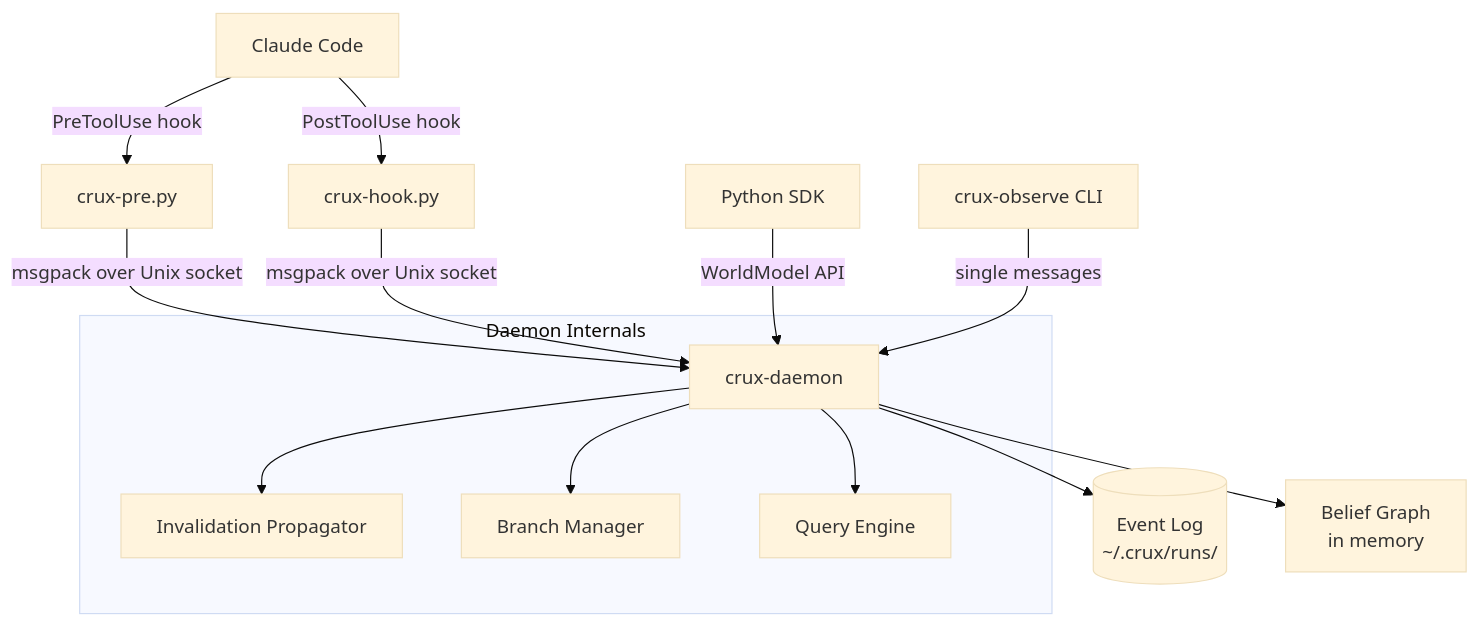
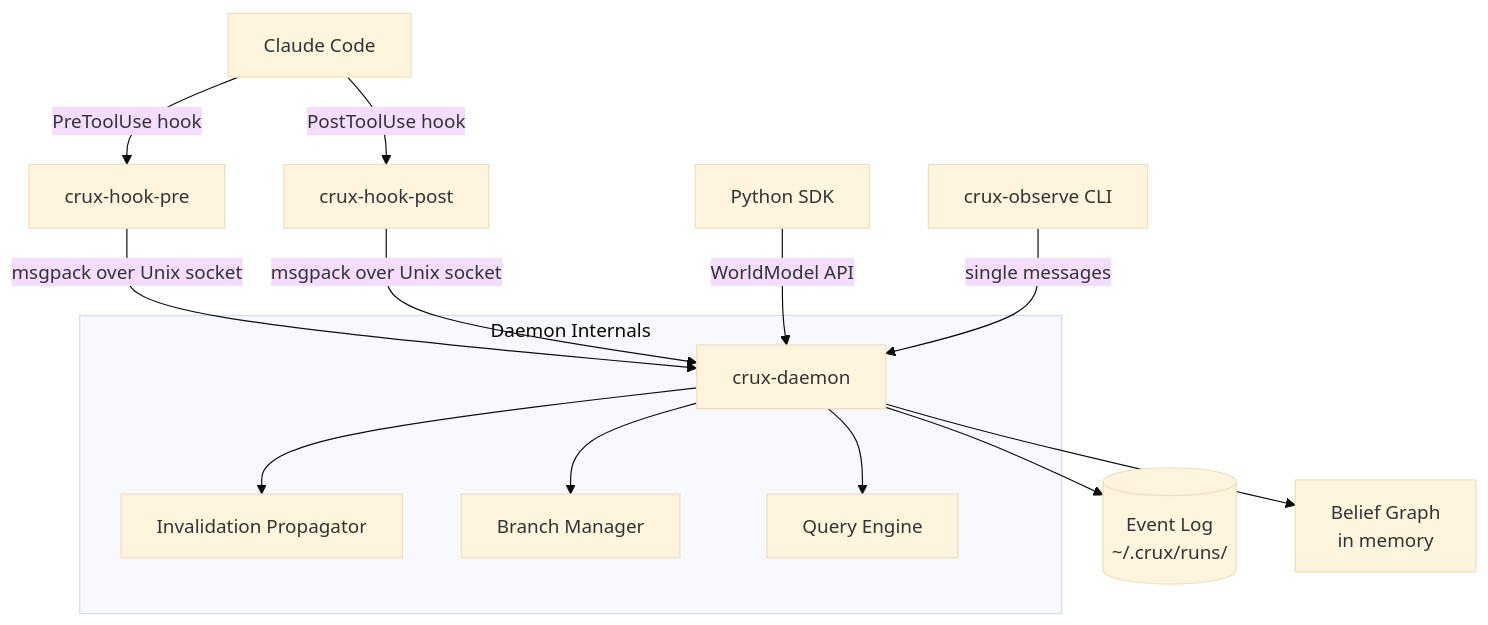
One commit to ardey26/crux changed the fourth of 4 diagrams in README.md. Above: the diagram before and after it, drawn with Mermaid (base theme). The commit also changed other lines of this file and 1 other file, not shown here.

First line of the commit message:
chore (docs): Mark Crux as shelved

````diff
--- a/README.md
+++ b/README.md
@@ -349,18 +326,18 @@
 ```mermaid
 graph TB
-    CC[Claude Code] -->|PreToolUse hook| PRE[crux-pre.py]
-    CC -->|PostToolUse hook| H[crux-hook.py]
+    CC[Claude Code] -->|PreToolUse hook| PRE[crux-hook-pre]
+    CC -->|PostToolUse hook| H[crux-hook-post]
     PRE -->|msgpack over Unix socket| D[crux-daemon]
     H -->|msgpack over Unix socket| D
     D --> L[(Event Log<br/>~/.crux/runs/)]
     D --> G[Belief Graph<br/>in memory]
 
     SDK[Python SDK] -->|WorldModel API| D
     CLI[crux-observe CLI] -->|single messages| D
 
     subgraph Daemon Internals
         D --> INV[Invalidation Propagator]
         D --> BR[Branch Manager]
         D --> QE[Query Engine]
     end
 ```
````
